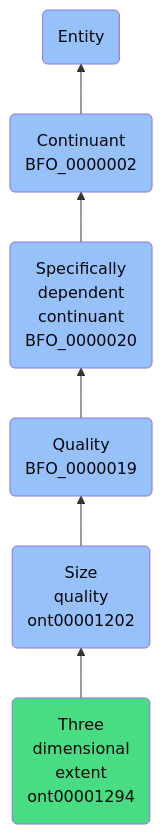
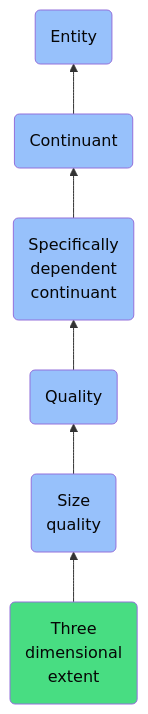
One commit to jupyter-naas/abi changed the diagram in docs/ontology/reference/model/Entity/Continuant/Specifically dependent continuant/Quality/Size quality/Three dimensional extent/Three dimensional extent.md. Above: the diagram before and after it, drawn with Mermaid. The commit also changed other lines of this file and 1430 other files, not shown here.

````diff
--- a/docs/ontology/reference/model/Entity/Continuant/Specifically dependent continuant/Quality/Size quality/Three dimensional extent/Three dimensional extent.md
+++ b/docs/ontology/reference/model/Entity/Continuant/Specifically dependent continuant/Quality/Size quality/Three dimensional extent/Three dimensional extent.md
@@ -24,13 +24,13 @@
 ```mermaid
 graph BT
-    ont00001294(Three<br>dimensional<br>extent<br>ont00001294):::ABI-->ont00001202
-    ont00001202(Size<br>quality<br>ont00001202):::BFO-->BFO_0000019
-    BFO_0000019(Quality<br>BFO_0000019):::BFO-->BFO_0000020
-    BFO_0000020(Specifically<br>dependent<br>continuant<br>BFO_0000020):::BFO-->BFO_0000002
-    BFO_0000002(Continuant<br>BFO_0000002):::BFO-->BFO_0000001
+    ont00001294(Three<br>dimensional<br>extent):::ABI-->ont00001202
+    ont00001202(Size<br>quality):::BFO-->BFO_0000019
+    BFO_0000019(Quality):::BFO-->BFO_0000020
+    BFO_0000020(Specifically<br>dependent<br>continuant):::BFO-->BFO_0000002
+    BFO_0000002(Continuant):::BFO-->BFO_0000001
     BFO_0000001(Entity):::BFO
     
     classDef BFO fill:#97c1fb,color:#060606
     classDef CCO fill:#e4c51e,color:#060606
     classDef ABI fill:#48DD82,color:#060606
 ```
````
